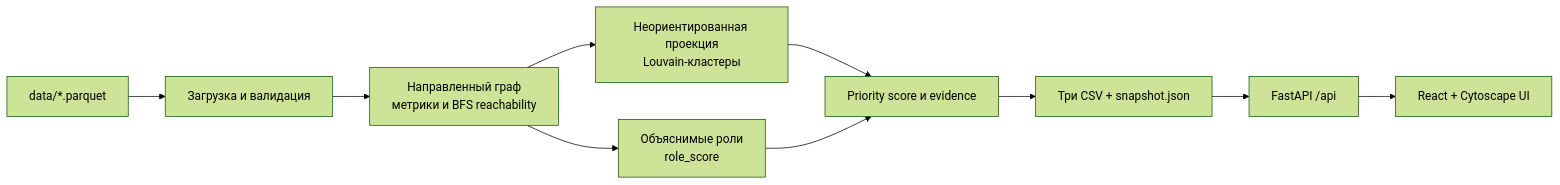
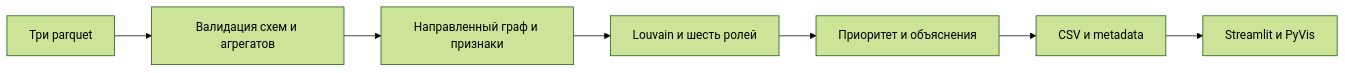
The diagram in docs/architecture.md (BAITC-Hacks/hack-19601c9e-teabea), drawn with Mermaid (forest theme) before and after one commit. The commit also changed other lines of this file and 25 other files, not shown here.

````diff
--- a/docs/architecture.md
+++ b/docs/architecture.md
@@ -3,12 +3,9 @@
 ```mermaid
 flowchart LR
-  A[data/*.parquet] --> B[Загрузка и валидация]
-  B --> C[Направленный граф<br/>метрики и BFS reachability]
-  C --> D[Неориентированная проекция<br/>Louvain-кластеры]
-  C --> E[Объяснимые роли<br/>role_score]
-  D --> F[Priority score и evidence]
-  E --> F
-  F --> G[Три CSV + snapshot.json]
-  G --> H[FastAPI /api]
-  H --> I[React + Cytoscape UI]
+  A[Три parquet] --> B[Валидация схем и агрегатов]
+  B --> C[Направленный граф и признаки]
+  C --> D[Louvain и шесть ролей]
+  D --> E[Приоритет и объяснения]
+  E --> F[CSV и metadata]
+  F --> G[Streamlit и PyVis]
 ```
````
